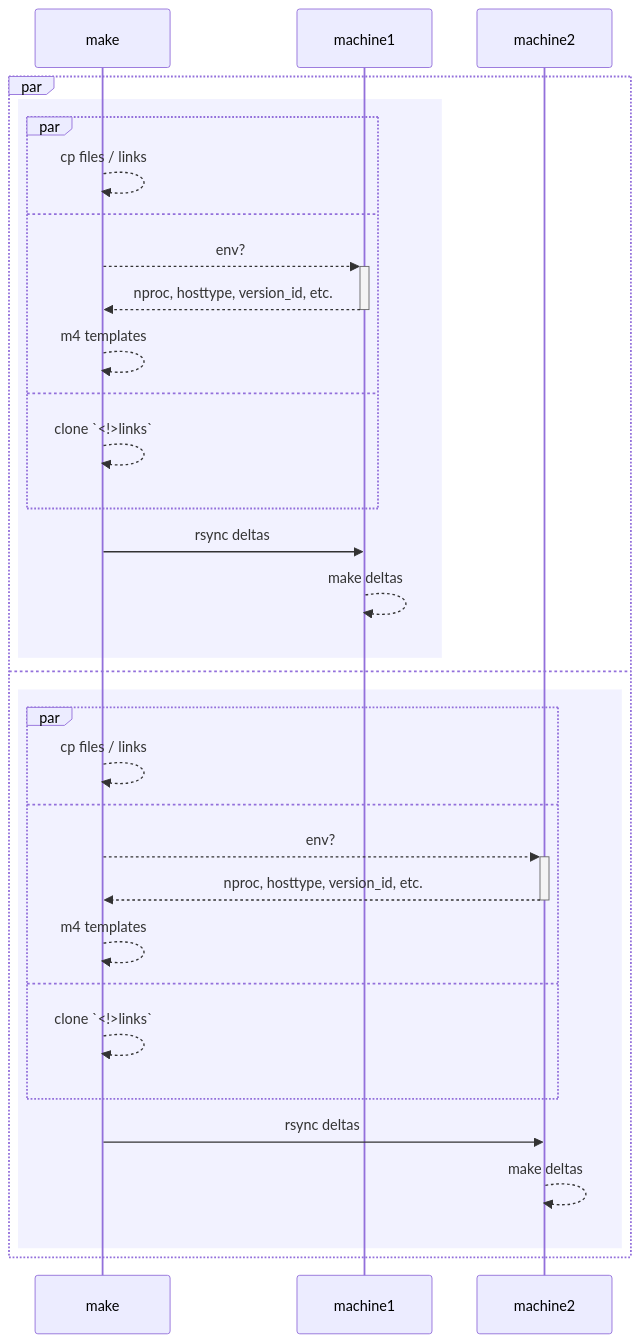
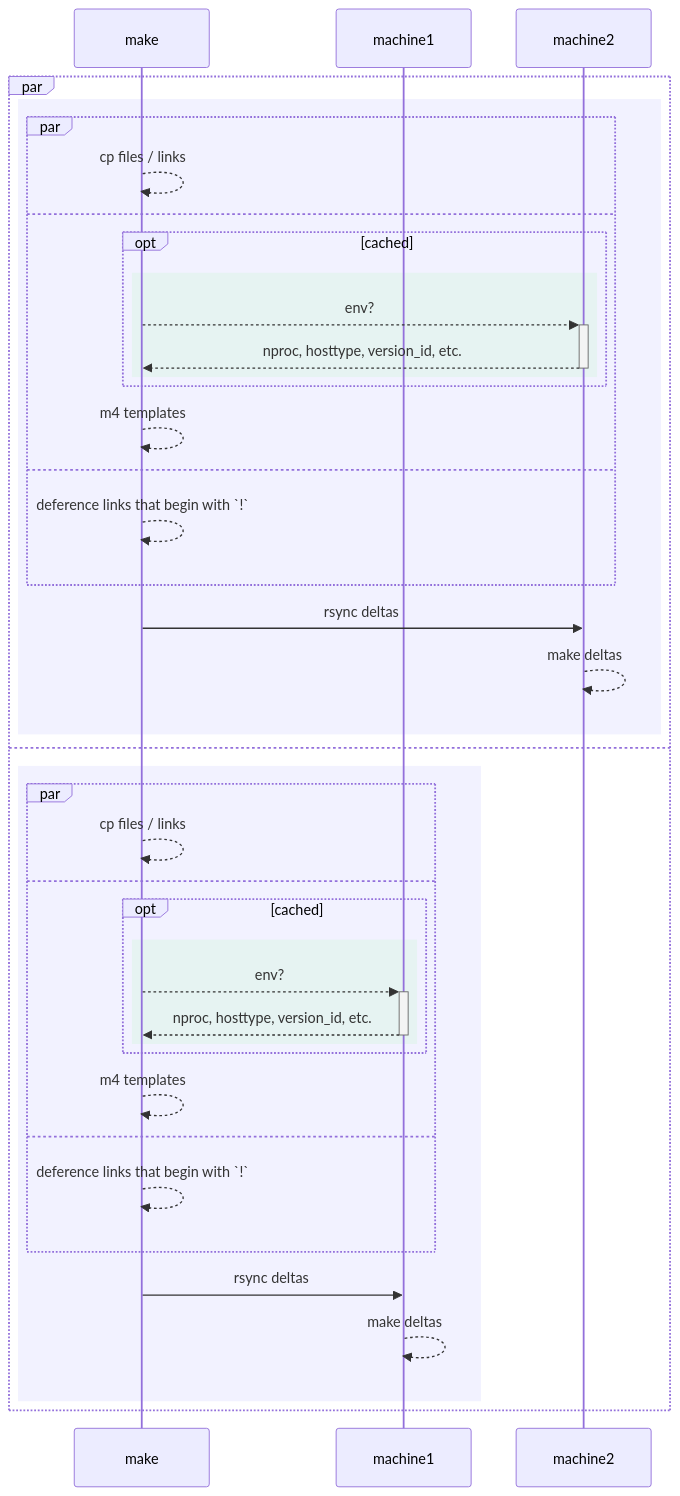
One commit to ms-jpq/lab changed the diagram in doc/DX.md. Above: the diagram before and after it, drawn with Mermaid.

````diff
--- a/doc/DX.md
+++ b/doc/DX.md
@@ -71,36 +71,44 @@
 ```mermaid
 sequenceDiagram
   participant make
   participant machine1
   participant machine2
 
   par
     rect rgba(0, 0, 255, 0.05)
       par
         make-->>make : cp files / links
       and
-        make-->>+machine1 : env?
-        machine1-->>-make : nproc, hosttype, version_id, etc.
+        opt cached
+          rect rgba(0, 255, 0, 0.05)
+            make-->>+machine2 : env?
+            machine2-->>-make : nproc, hosttype, version_id, etc.
+          end
+        end
         make-->>make : m4 templates
       and
-        make-->>make : clone `<!>links`
+        make-->>make : deference links that begin with `!`
       end
-      make->>machine1 : rsync deltas
-      machine1-->>machine1 : make deltas
+      make->>machine2 : rsync deltas
+      machine2-->>machine2 : make deltas
     end
   and
     rect rgba(0, 0, 255, 0.05)
       par
         make-->>make : cp files / links
       and
-        make-->>+machine2 : env?
-        machine2-->>-make : nproc, hosttype, version_id, etc.
+        opt cached
+          rect rgba(0, 255, 0, 0.05)
+            make-->>+machine1 : env?
+            machine1-->>-make : nproc, hosttype, version_id, etc.
+          end
+        end
         make-->>make : m4 templates
       and
-        make-->>make : clone `<!>links`
+        make-->>make : deference links that begin with `!`
       end
-      make->>machine2 : rsync deltas
-      machine2-->>machine2 : make deltas
+      make->>machine1 : rsync deltas
+      machine1-->>machine1 : make deltas
     end
   end
 ```
````
